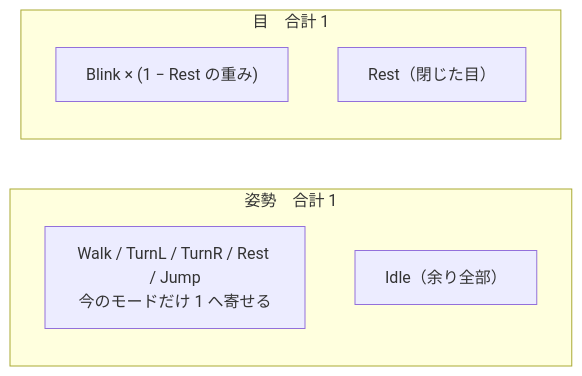
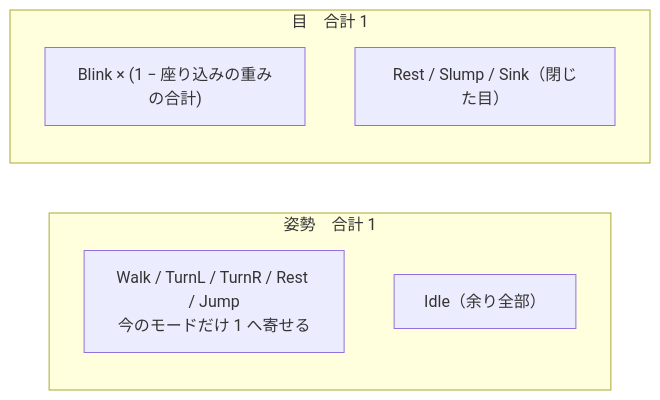
One commit to kuramochi703/keep-motivation-app changed the fourth of 4 diagrams in src/avatar/README.md. Above: the diagram before and after it, drawn with Mermaid. The commit also changed other lines of this file and 3 other files, not shown here.

````diff
--- a/src/avatar/README.md
+++ b/src/avatar/README.md
@@ -160,11 +169,11 @@
 ```mermaid
 flowchart LR
   subgraph p["姿勢　合計 1"]
     P1["Walk / TurnL / TurnR / Rest / Jump<br/>今のモードだけ 1 へ寄せる"]
     P2["Idle（余り全部）"]
   end
   subgraph e["目　合計 1"]
-    E1["Blink × (1 − Rest の重み)"]
-    E2["Rest（閉じた目）"]
+    E1["Blink × (1 − 座り込みの重みの合計)"]
+    E2["Rest / Slump / Sink（閉じた目）"]
   end
 ```
````
